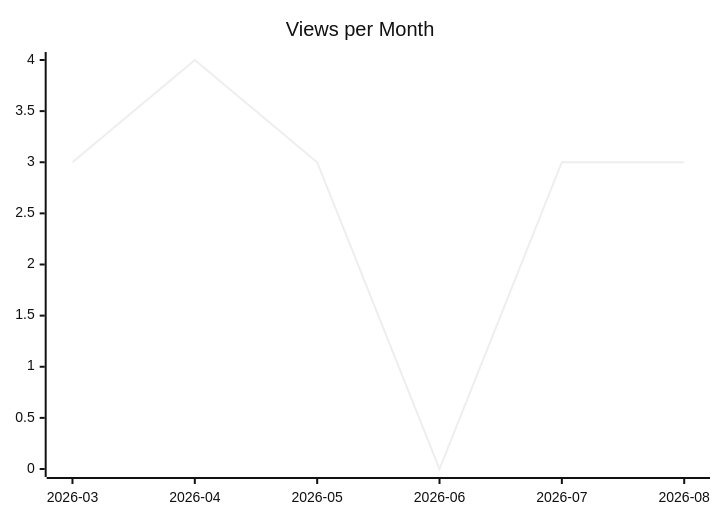
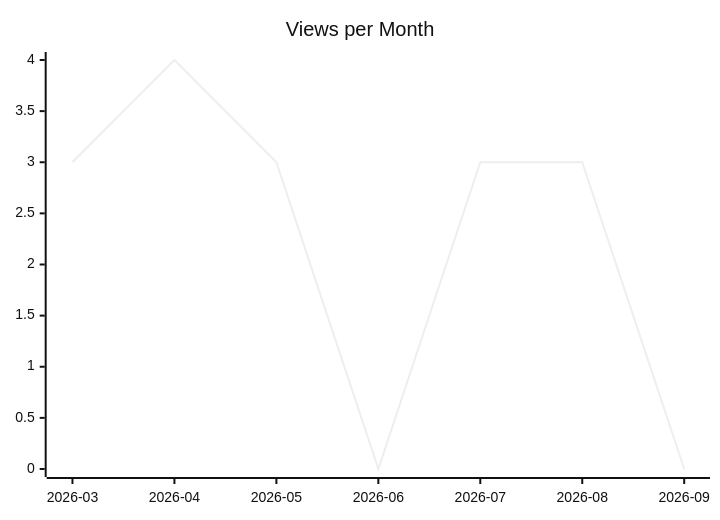
Before and after one commit to justdavis-family/github-analytics-data: the second of 3 diagrams in karlmdavis/kxml2/README.md, drawn with Mermaid (neutral theme). The commit also changed other lines of this file and 191 other files, not shown here.

````diff
--- a/karlmdavis/kxml2/README.md
+++ b/karlmdavis/kxml2/README.md
@@ -12,6 +12,6 @@
 ```mermaid
 xychart-beta
   title "Views per Month"
-  x-axis ["2026-03", "2026-04", "2026-05", "2026-06", "2026-07", "2026-08"]
-  line [3, 4, 3, 0, 3, 3]
+  x-axis ["2026-03", "2026-04", "2026-05", "2026-06", "2026-07", "2026-08", "2026-09"]
+  line [3, 4, 3, 0, 3, 3, 0]
 ```
````
